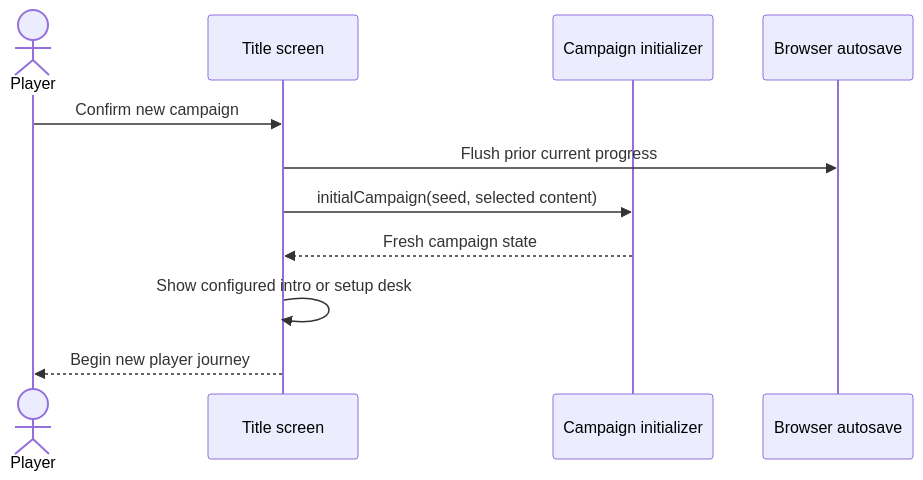
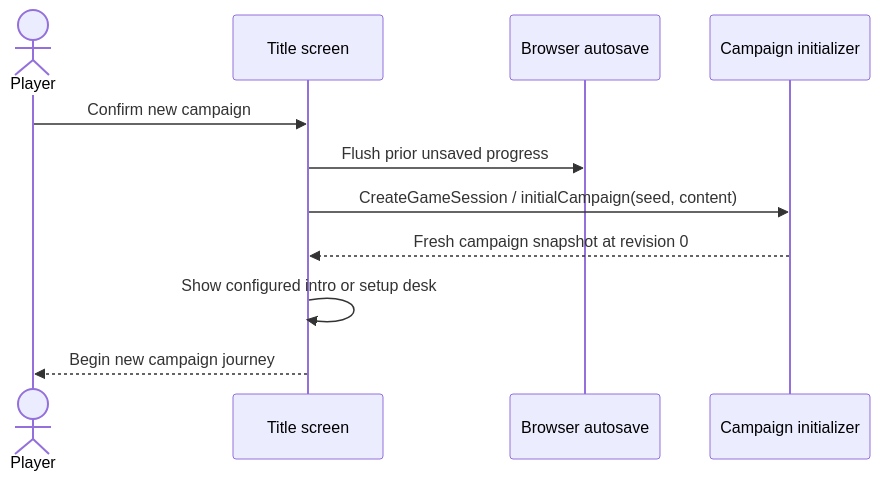
The second of 2 diagrams in docs/architecture/use-cases/session.md (fsodano/granaderos), drawn with Mermaid before and after one commit. The commit also changed other lines of this file and 1182 other files, not shown here.

````diff
--- a/docs/architecture/use-cases/session.md
+++ b/docs/architecture/use-cases/session.md
@@ -167,13 +163,13 @@
 ```mermaid
 sequenceDiagram
   actor Player
   participant UI as Title screen
+  participant Save as Browser autosave
   participant Campaign as Campaign initializer
-  participant Save as Browser autosave
   Player->>UI: Confirm new campaign
-  UI->>Save: Flush prior current progress
-  UI->>Campaign: initialCampaign(seed, selected content)
-  Campaign-->>UI: Fresh campaign state
+  UI->>Save: Flush prior unsaved progress
+  UI->>Campaign: CreateGameSession / initialCampaign(seed, content)
+  Campaign-->>UI: Fresh campaign snapshot at revision 0
   UI->>UI: Show configured intro or setup desk
-  UI-->>Player: Begin new player journey
+  UI-->>Player: Begin new campaign journey
 ```
````
